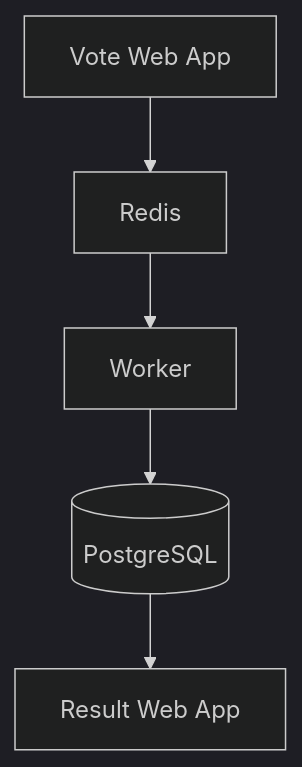
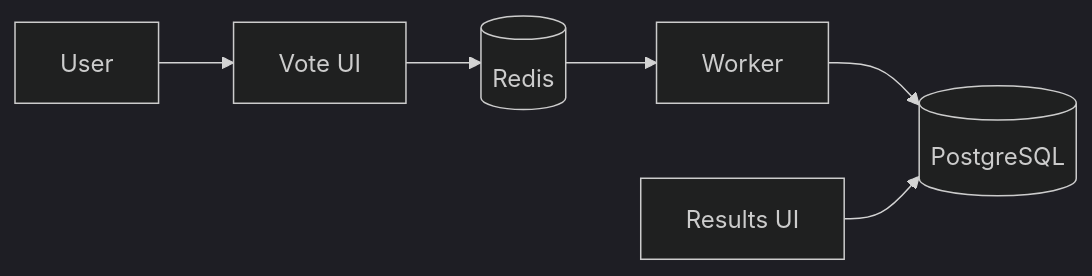
Before and after one commit to Collins-Nonso/voting-app: the diagram in README.md, drawn with Mermaid (dark theme). The commit also changed other lines of this file, not shown here.

````diff
--- a/README.md
+++ b/README.md
@@ -85,7 +9,8 @@
 ```mermaid
-flowchart TD
-    V[Vote Web App] --> R[Redis]
-    R --> W[Worker]
-    W --> D[(PostgreSQL)]
-    D --> O[Result Web App]
+flowchart LR
+    User[User] --> Vote[Vote UI]
+    Vote --> Redis[(Redis)]
+    Redis --> Worker[Worker]
+    Worker --> DB[(PostgreSQL)]
+    Result[Results UI] --> DB
 ```
````
